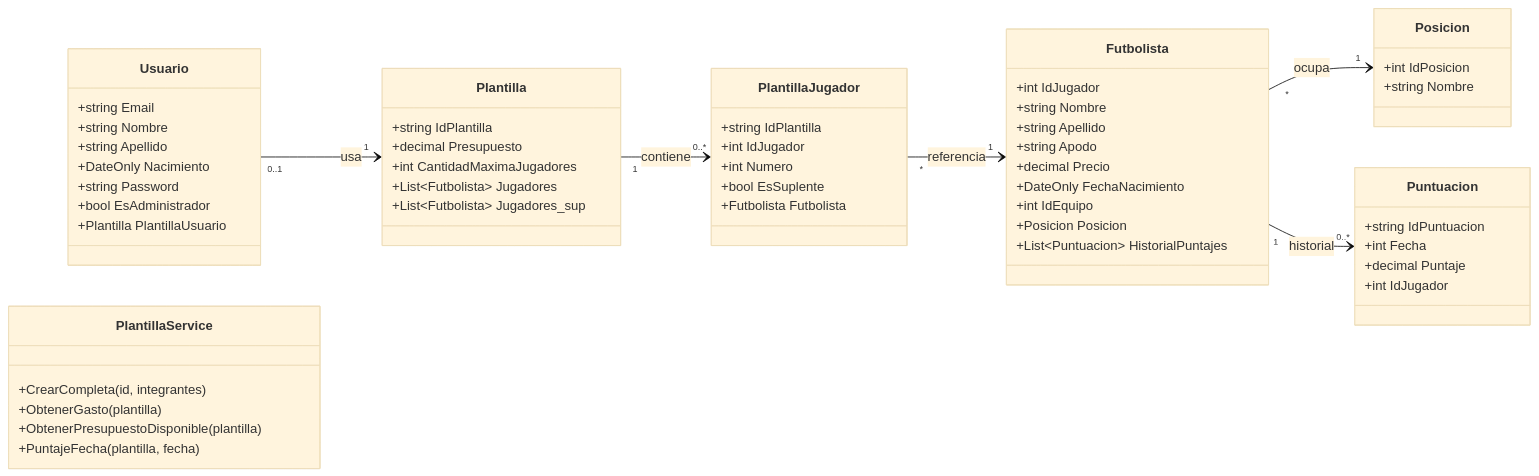
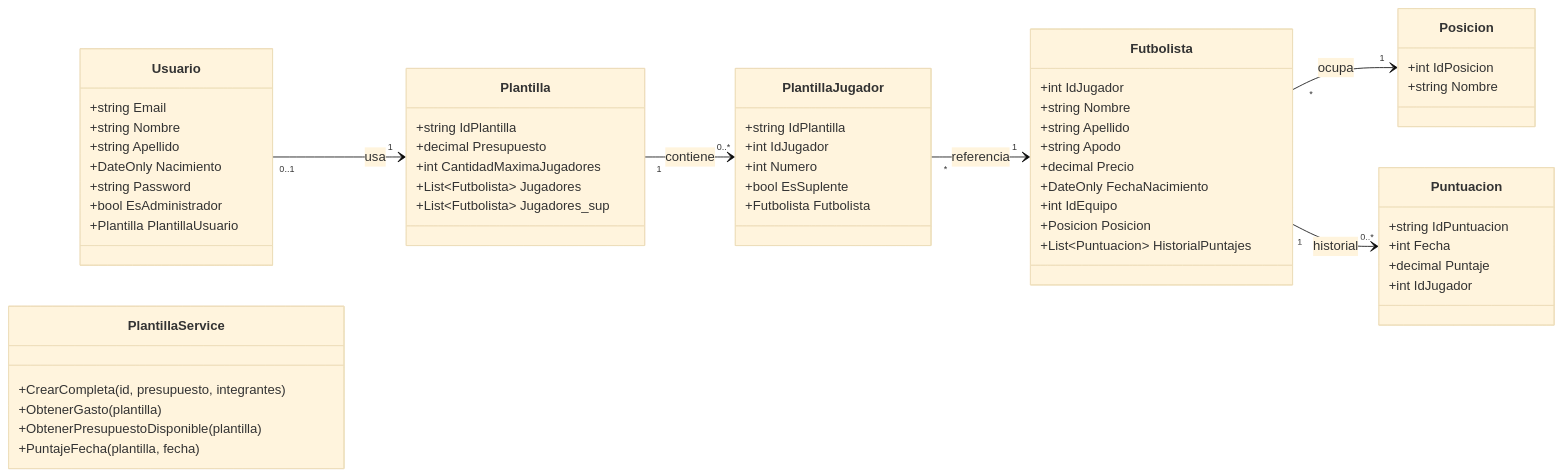
The diagram in doc/Diagrama de Clases.md (solarflare1xd/GranDT_Clases), drawn with Mermaid (base theme) before and after one commit. The commit also changed 14 other files, not shown here.

````diff
--- a/doc/Diagrama de Clases.md
+++ b/doc/Diagrama de Clases.md
@@ -3,60 +3,60 @@
 ```mermaid
 classDiagram
 direction LR
     class Usuario {
         +string Email
         +string Nombre
         +string Apellido
         +DateOnly Nacimiento
         +string Password
         +bool EsAdministrador
         +Plantilla PlantillaUsuario
     }
     class Plantilla {
         +string IdPlantilla
         +decimal Presupuesto
         +int CantidadMaximaJugadores
         +List~Futbolista~ Jugadores
         +List~Futbolista~ Jugadores_sup
     }
     class PlantillaService {
-        +CrearCompleta(id, integrantes)
+        +CrearCompleta(id, presupuesto, integrantes)
         +ObtenerGasto(plantilla)
         +ObtenerPresupuestoDisponible(plantilla)
         +PuntajeFecha(plantilla, fecha)
     }
     class Futbolista {
         +int IdJugador
         +string Nombre
         +string Apellido
         +string Apodo
         +decimal Precio
         +DateOnly FechaNacimiento
         +int IdEquipo
         +Posicion Posicion
         +List~Puntuacion~ HistorialPuntajes
     }
     class Posicion {
         +int IdPosicion
         +string Nombre
     }
     class PlantillaJugador {
         +string IdPlantilla
         +int IdJugador
         +int Numero
         +bool EsSuplente
         +Futbolista Futbolista
     }
     class Puntuacion {
         +string IdPuntuacion
         +int Fecha
         +decimal Puntaje
         +int IdJugador
     }
 
     Usuario "0..1" --> "1" Plantilla : usa
     Plantilla "1" --> "0..*" PlantillaJugador : contiene
     PlantillaJugador "*" --> "1" Futbolista : referencia
     Futbolista "*" --> "1" Posicion : ocupa
     Futbolista "1" --> "0..*" Puntuacion : historial
 ```
````
